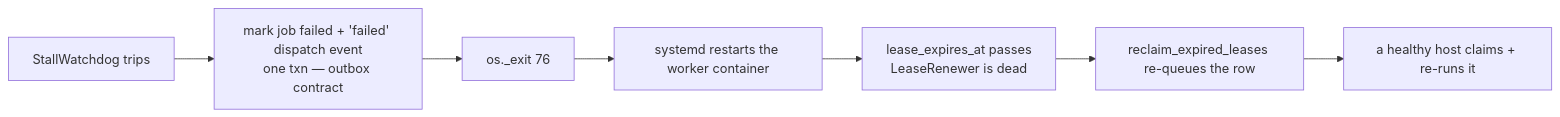
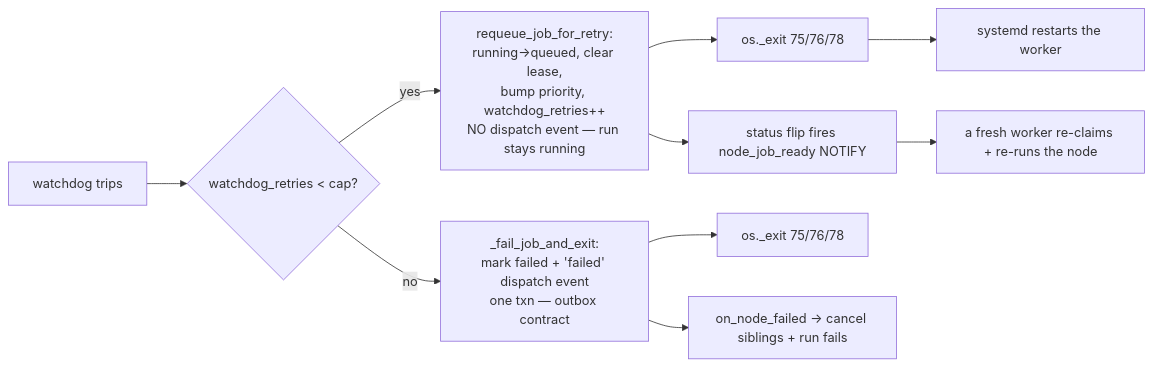
The third of 4 diagrams in docs/watchdogs.md (robertziel/broker_parrot), drawn with Mermaid before and after one commit. The commit also changed other lines of this file and 13 other files, not shown here.

First line of the commit message:
feat(watchdog): health-gated stall trip + re-queue-and-retry + dead-worker sweep; migrations 0009/0010

````diff
--- a/docs/watchdogs.md
+++ b/docs/watchdogs.md
@@ -144,9 +256,12 @@
 ```mermaid
 flowchart LR
-    A[StallWatchdog trips] --> B[mark job failed + 'failed' dispatch event<br/>one txn — outbox contract]
-    B --> C[os._exit 76]
-    C --> D[systemd restarts the worker container]
-    D --> E[lease_expires_at passes<br/>LeaseRenewer is dead]
-    E --> F[reclaim_expired_leases re-queues the row]
-    F --> G[a healthy host claims + re-runs it]
+    A[watchdog trips] --> B{watchdog_retries < cap?}
+    B -- yes --> R[requeue_job_for_retry:<br/>running→queued, clear lease,<br/>bump priority, watchdog_retries++<br/>NO dispatch event — run stays running]
+    R --> X1[os._exit 75/76/78]
+    X1 --> D[systemd restarts the worker]
+    R --> N[status flip fires node_job_ready NOTIFY]
+    N --> H[a fresh worker re-claims + re-runs the node]
+    B -- no --> F[_fail_job_and_exit:<br/>mark failed + 'failed' dispatch event<br/>one txn — outbox contract]
+    F --> X2[os._exit 75/76/78]
+    F --> G[on_node_failed → cancel siblings + run fails]
 ```
````
